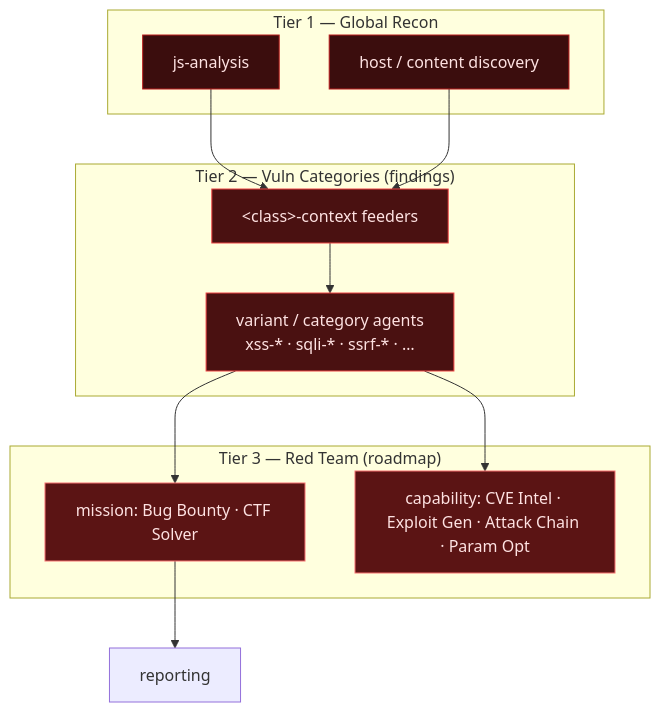
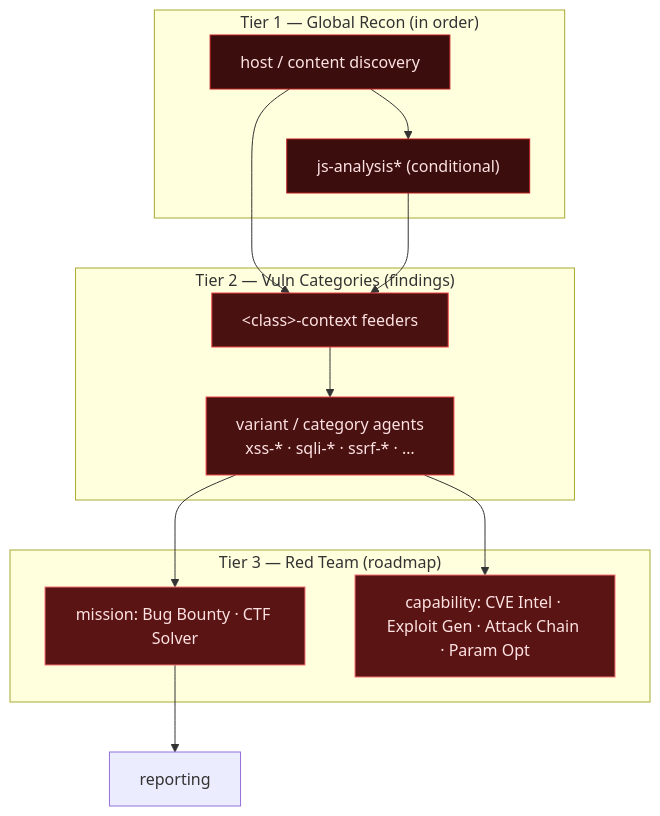
The diagram in README.md (0xnookie/redstrike-ai), drawn with Mermaid before and after one commit. The commit also changed other lines of this file, not shown here.

Commit message:
README: recon diagram shows js-analysis downstream of host/content, not parallel
The repo-root README's Tier-1 "Global Recon" mermaid diagram drew js-analysis and
host/content discovery as parallel boxes both feeding the context feeders
(JS-->CTX, HD-->CTX) — the same "beside" framing fixed elsewhere in this branch.
Make it acyclic/ordered (HD-->JS-->CTX) and mark js-analysis conditional
(skip on JS-less / pure-API targets), consistent with vuln-catalog + the orchestrator.

````diff
--- a/README.md
+++ b/README.md
@@ -48,25 +48,26 @@
 ```mermaid
 graph TD
     classDef t1 fill:#3b0d0d,stroke:#b91c1c,color:#fee2e2;
     classDef t2 fill:#4a1111,stroke:#ef4444,color:#fee2e2;
     classDef t3 fill:#5b1414,stroke:#f87171,color:#fee2e2;
 
-    subgraph T1["Tier 1 — Global Recon"]
-        JS[js-analysis]:::t1
+    subgraph T1["Tier 1 — Global Recon (in order)"]
         HD[host / content discovery]:::t1
+        JS["js-analysis* (conditional)"]:::t1
     end
     subgraph T2["Tier 2 — Vuln Categories (findings)"]
         CTX[&lt;class&gt;-context feeders]:::t2
         VAR[variant / category agents<br/>xss-* · sqli-* · ssrf-* · …]:::t2
     end
     subgraph T3["Tier 3 — Red Team (roadmap)"]
         MIS[mission: Bug Bounty · CTF Solver]:::t3
         CAP[capability: CVE Intel · Exploit Gen · Attack Chain · Param Opt]:::t3
     end
 
+    HD --> JS
+    HD --> CTX
     JS --> CTX --> VAR
-    HD --> CTX
     VAR --> MIS
     VAR --> CAP
     MIS --> REP[reporting]
 ```
````
